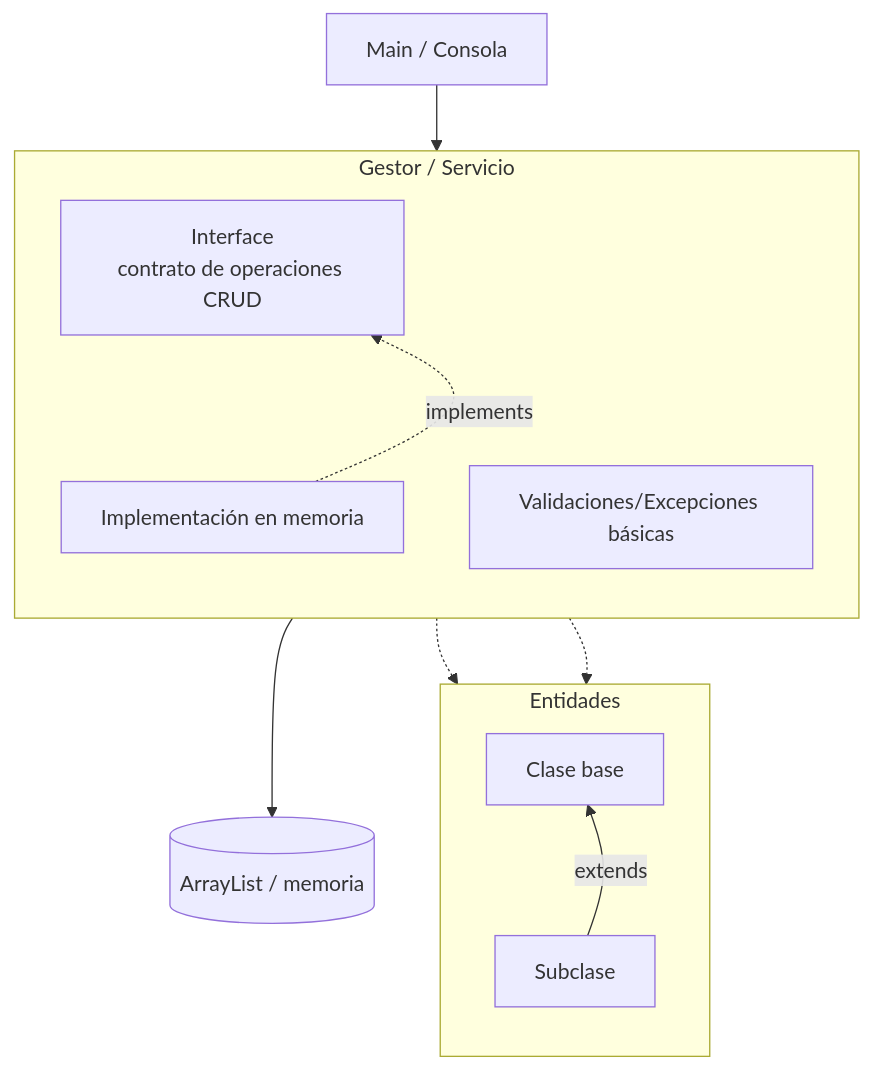
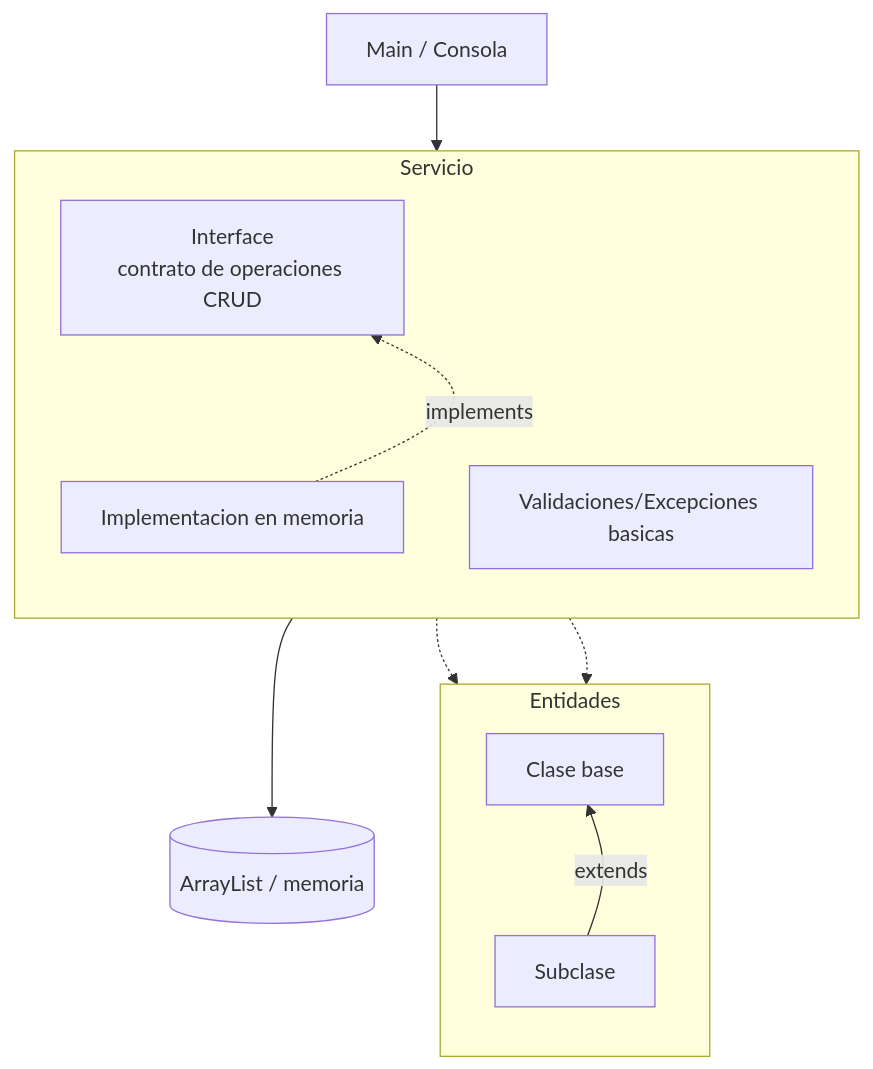
Before and after one commit to 262poo/comarket: the first of 3 diagrams in docs/index.md, drawn with Mermaid. The commit also changed other lines of this file and 17 other files, not shown here.

````diff
--- a/docs/index.md
+++ b/docs/index.md
@@ -70,28 +70,28 @@
 ```mermaid
 flowchart TB
     Main["Main / Consola"]
 
-    subgraph ServiceU1["Gestor / Servicio"]
+    subgraph ServiceU1["Servicio"]
         direction TB
         InterfaceU1["Interface<br/>contrato de operaciones CRUD"]
-        ImplementacionU1["Implementación en memoria"]
-        ValidacionesU1["Validaciones/Excepciones básicas"]
+        ImplementacionU1["Implementacion en memoria"]
+        ValidacionesU1["Validaciones/Excepciones basicas"]
     end
 
     subgraph EntitiesU1["Entidades"]
         direction TB
         ClaseBaseU1["Clase base"]
         SubclaseU1["Subclase"]
     end
 
     MemoriaU1[("ArrayList / memoria")]
 
     Main --> InterfaceU1
     InterfaceU1 ~~~ ImplementacionU1
     ImplementacionU1 -. implements .-> InterfaceU1
     InterfaceU1 -.-> EntitiesU1
     ImplementacionU1 -.-> EntitiesU1
     ClaseBaseU1 ~~~ SubclaseU1
     SubclaseU1 -- extends --> ClaseBaseU1
     ImplementacionU1 --> MemoriaU1
 ```
````
